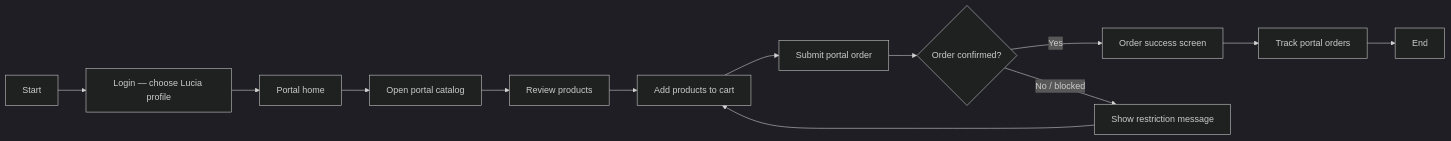
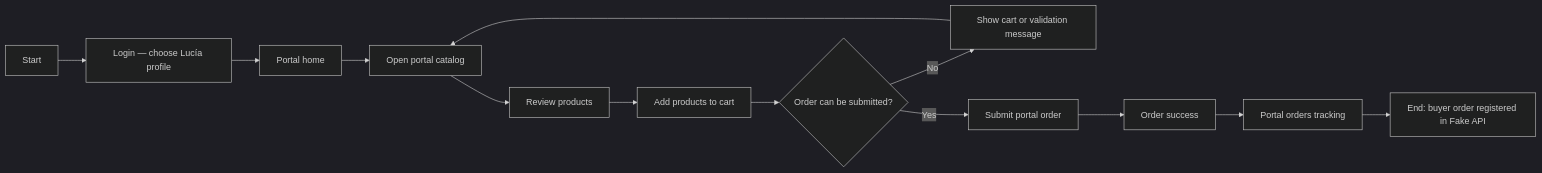
One commit to upc-pre-202610-1asi0730-12242-king/nexa-report changed the fourth of 4 diagrams in report/40-chapter-4-product-design/4-4-web-applications-ux-ui-design.md. Above: the diagram before and after it, drawn with Mermaid (dark theme). The commit also changed other lines of this file, not shown here.

Commit message:
docs(ch4): align webapp flows with user goals

````diff
--- a/report/40-chapter-4-product-design/4-4-web-applications-ux-ui-design.md
+++ b/report/40-chapter-4-product-design/4-4-web-applications-ux-ui-design.md
@@ -275,15 +250,15 @@
 ```mermaid
 flowchart LR
-    A["Start"] --> B["Login — choose Lucia profile"]
+    A["Start"] --> B["Login — choose Lucía profile"]
     B --> C["Portal home"]
     C --> D["Open portal catalog"]
     D --> E["Review products"]
     E --> F["Add products to cart"]
-    F --> G["Submit portal order"]
-    G --> H{"Order confirmed?"}
-    H -- "Yes" --> I["Order success screen"]
-    H -- "No / blocked" --> J["Show restriction message"]
-    J --> F
-    I --> K["Track portal orders"]
-    K --> L["End"]
+    F --> G{"Order can be submitted?"}
+    G -- "No" --> H["Show cart or validation message"]
+    H --> D
+    G -- "Yes" --> I["Submit portal order"]
+    I --> J["Order success"]
+    J --> K["Portal orders tracking"]
+    K --> L["End: buyer order registered in Fake API"]
 ```
````
